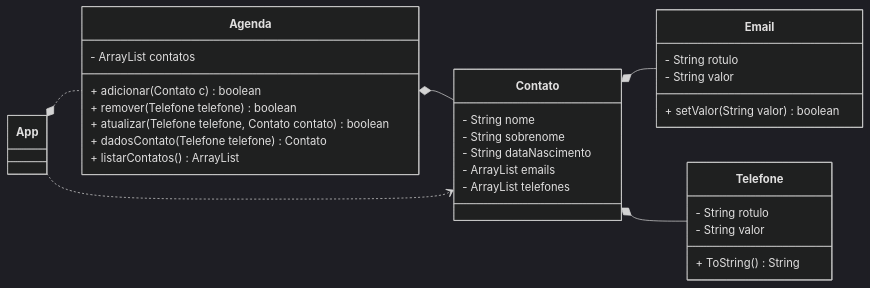
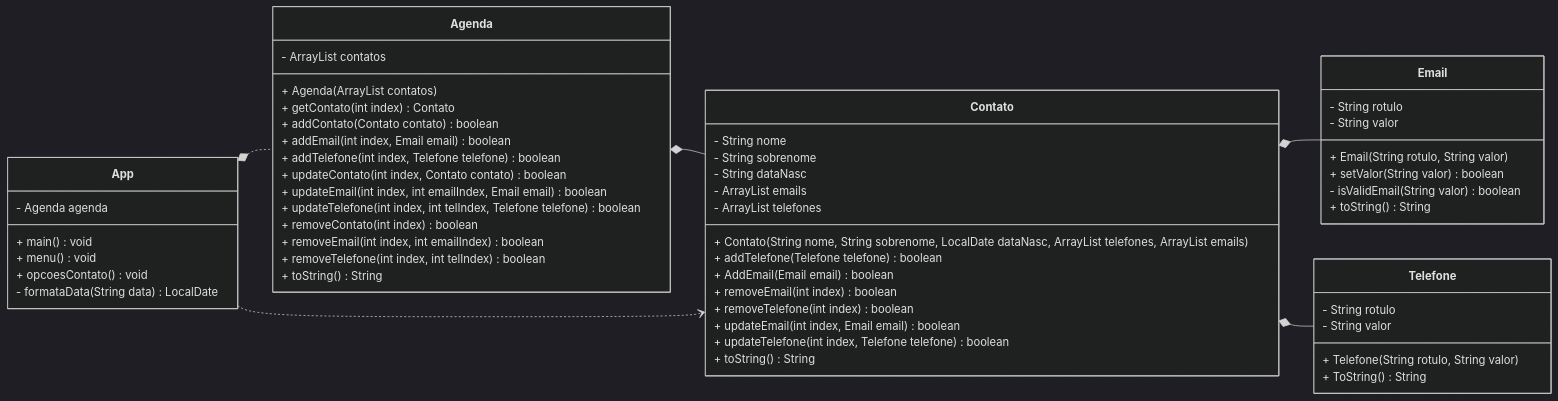
One commit to kauanrfontana/IFSC-POO changed the diagram in laboratorio-02/readme.md. Above: the diagram before and after it, drawn with Mermaid (dark theme). The commit also changed 21 other files, not shown here.

Commit message:
adiciona UML

````diff
--- a/laboratorio-02/readme.md
+++ b/laboratorio-02/readme.md
@@ -4,51 +4,73 @@
 ```mermaid
 classDiagram
     
     direction LR 
     class App{
-        
+         - Agenda agenda
+         + main() void
+         + menu() void
+         + opcoesContato() void
+         - formataData(String data) LocalDate
     }
     
     class Contato{
         - String nome
         - String sobrenome
-        - String dataNascimento
+        - String dataNasc
         - ArrayList<Email> emails
         - ArrayList<Telefone> telefones
+        + Contato(String nome, String sobrenome, LocalDate dataNasc, ArrayList<Telefone> telefones, ArrayList<Email> emails)
+        + addTelefone(Telefone telefone) boolean
+        + AddEmail(Email email) boolean
+        + removeEmail(int index) boolean
+        + removeTelefone(int index) boolean
+        + updateEmail(int index, Email email) boolean
+        + updateTelefone(int index, Telefone telefone) boolean
+        + toString() String
     }
     
     class Email{
         - String rotulo
         - String valor
+        + Email(String rotulo, String valor)
         + setValor(String valor) boolean
-    }
+        - isValidEmail(String valor) boolean
+        + toString() String
+    }   
     
     class Telefone{
         - String rotulo
         - String valor
+        + Telefone(String rotulo, String valor)
         + ToString() String
     }
 
     Contato *-- Email
     Contato *-- Telefone
     
     class Agenda {
         - ArrayList<Contato> contatos
-        + adicionar(Contato c) boolean
-        + remover(Telefone telefone) boolean
-        + atualizar(Telefone telefone, Contato contato) boolean
-        + dadosContato(Telefone telefone) Contato
-        + listarContatos() ArrayList<Contato>
-        
+        + Agenda(ArrayList<Contato> contatos)
+        + getContato(int index) Contato
+        + addContato(Contato contato) boolean
+        + addEmail(int index, Email email) boolean
+        + addTelefone(int index, Telefone telefone) boolean
+        + updateContato(int index, Contato contato) boolean
+        + updateEmail(int index, int emailIndex, Email email) boolean
+        + updateTelefone(int index, int telIndex, Telefone telefone) boolean
+        + removeContato(int index) boolean
+        + removeEmail(int index, int emailIndex) boolean
+        + removeTelefone(int index, int telIndex) boolean
+        + toString() String
     }
     
     Agenda *-- Contato
     App *.. Agenda
     App ..> Contato
     
     
     
     
     
 
 ```
````
